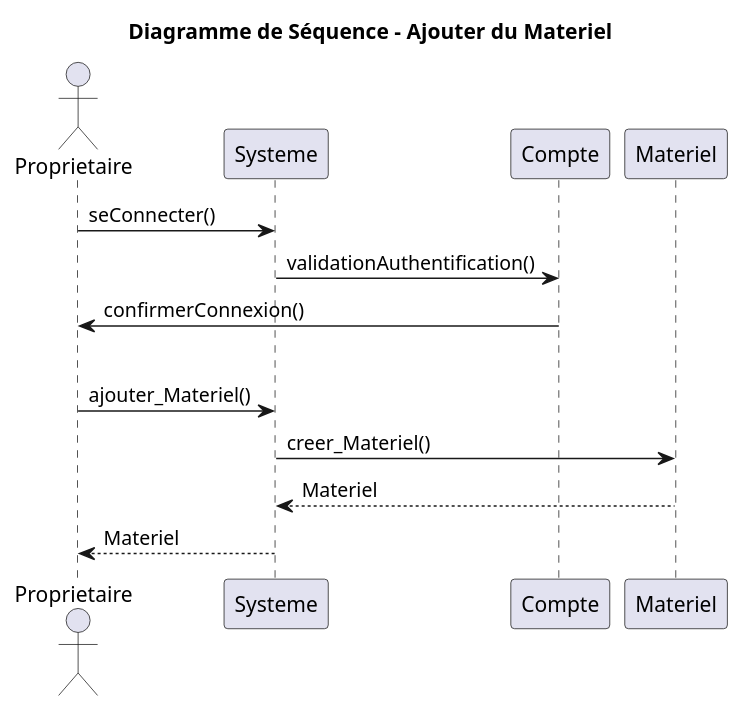
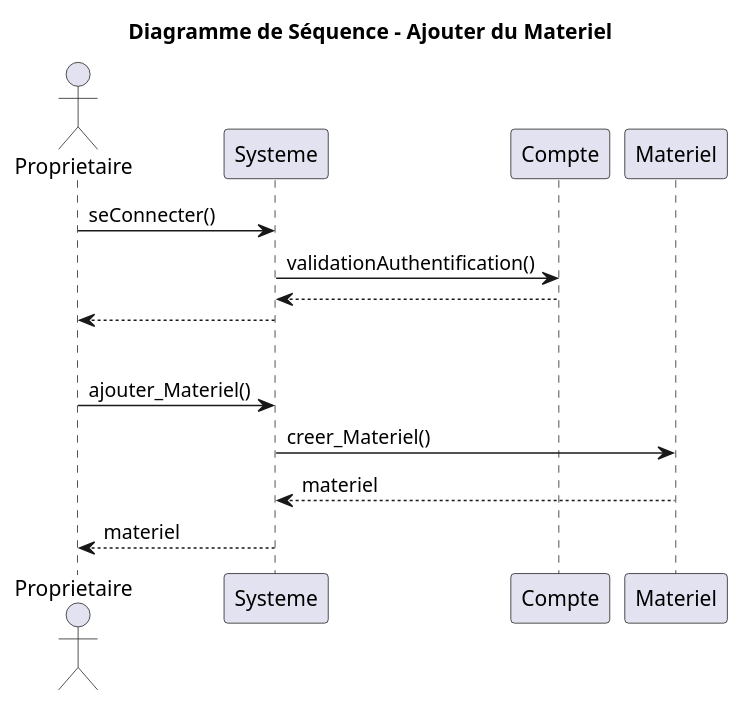
The diagram in UML/Diagramme_sequence_ajouter_materiel.puml (Egario54/ProjetClubNautique), drawn with PlantUML before and after one commit. The commit also changed 15 other files, not shown here.

Commit message:
amélioration du diagramme de use case

```diff
--- a/UML/Diagramme_sequence_ajouter_materiel.puml
+++ b/UML/Diagramme_sequence_ajouter_materiel.puml
@@ -1,22 +1,23 @@
 @startuml
 title Diagramme de Séquence - Ajouter du Materiel
 actor Proprietaire
 participant Systeme
 participant Compte
 participant Materiel
 
 'Connexion à un compte'
 Proprietaire -> Systeme: seConnecter()
 Systeme -> Compte: validationAuthentification()
-Compte -> Proprietaire: confirmerConnexion()
+return
+Systeme --> Proprietaire
 
 'Séparation'
 |||
 
 'Propriétaire ajoute un Materiel'
 Proprietaire -> Systeme: ajouter_Materiel()
 Systeme -> Materiel: creer_Materiel()
-Materiel --> Systeme: Materiel
-Systeme --> Proprietaire: Materiel
+Materiel --> Systeme: materiel
+Systeme --> Proprietaire: materiel
 
 @enduml
```
